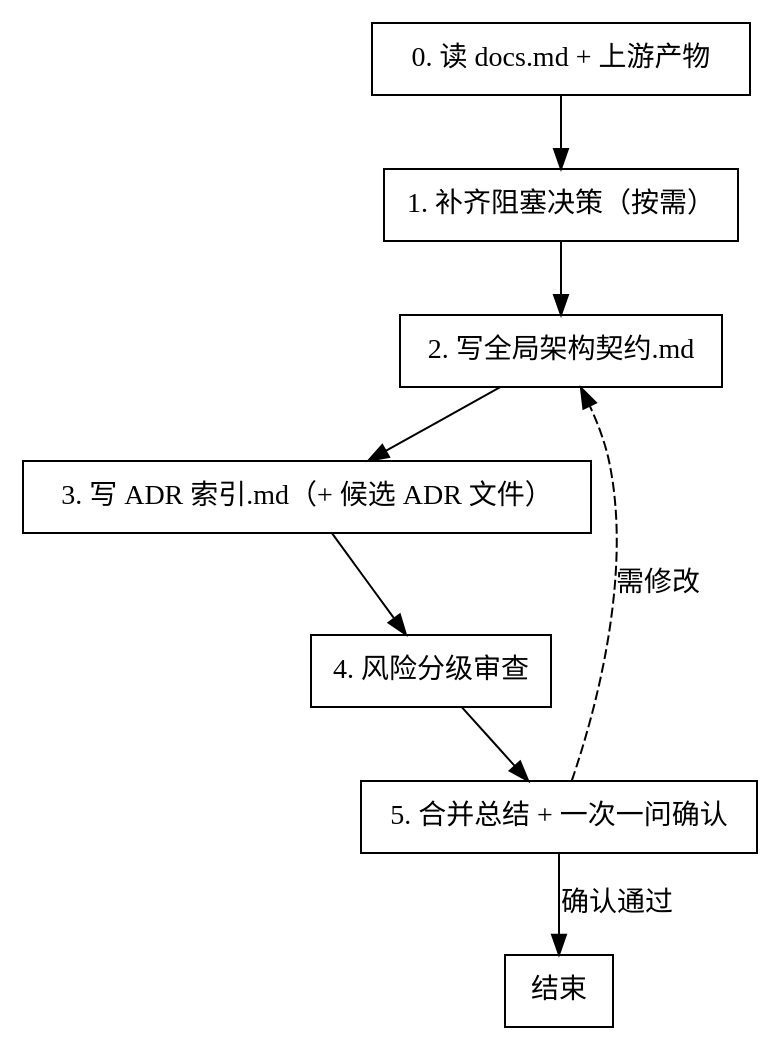
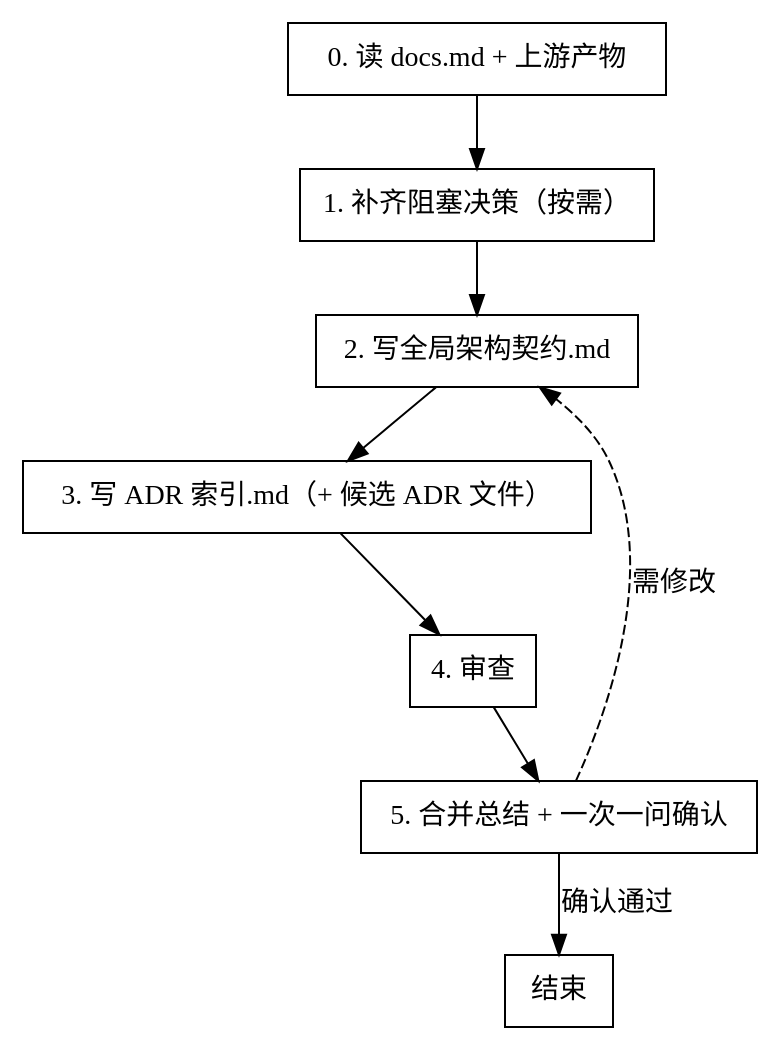
The second of 2 diagrams in dd-write-architecture-contract/SKILL.md (marcocpt/trae_skills), drawn with Graphviz before and after one commit. The commit also changed other lines of this file and 20 other files, not shown here.

````diff
--- a/dd-write-architecture-contract/SKILL.md
+++ b/dd-write-architecture-contract/SKILL.md
@@ -108,13 +108,13 @@
 ```dot
 digraph write_contract {
     rankdir=TB;
     node [shape=box];
     "0. 读 docs.md + 上游产物" -> "1. 补齐阻塞决策（按需）";
     "1. 补齐阻塞决策（按需）" -> "2. 写全局架构契约.md";
     "2. 写全局架构契约.md" -> "3. 写 ADR 索引.md（+ 候选 ADR 文件）";
-    "3. 写 ADR 索引.md（+ 候选 ADR 文件）" -> "4. 风险分级审查";
-    "4. 风险分级审查" -> "5. 合并总结 + 一次一问确认";
+    "3. 写 ADR 索引.md（+ 候选 ADR 文件）" -> "4. 审查";
+    "4. 审查" -> "5. 合并总结 + 一次一问确认";
     "5. 合并总结 + 一次一问确认" -> "结束" [label="确认通过"];
     "5. 合并总结 + 一次一问确认" -> "2. 写全局架构契约.md" [label="需修改", style=dashed];
 }
 ```
````
